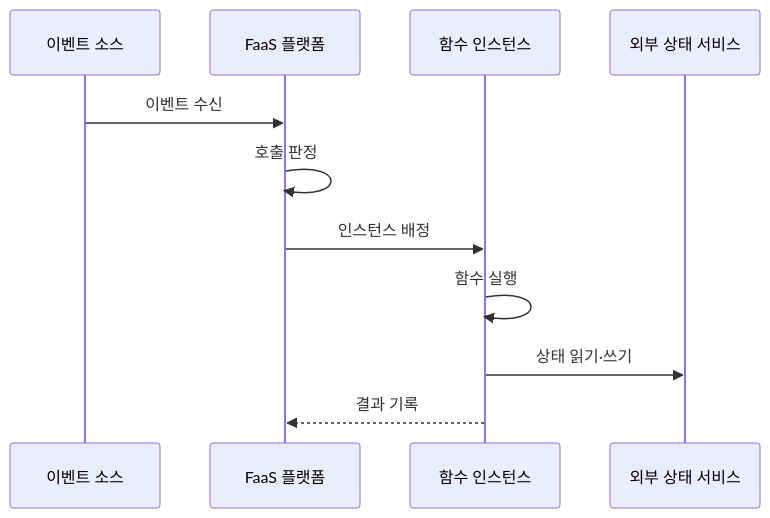
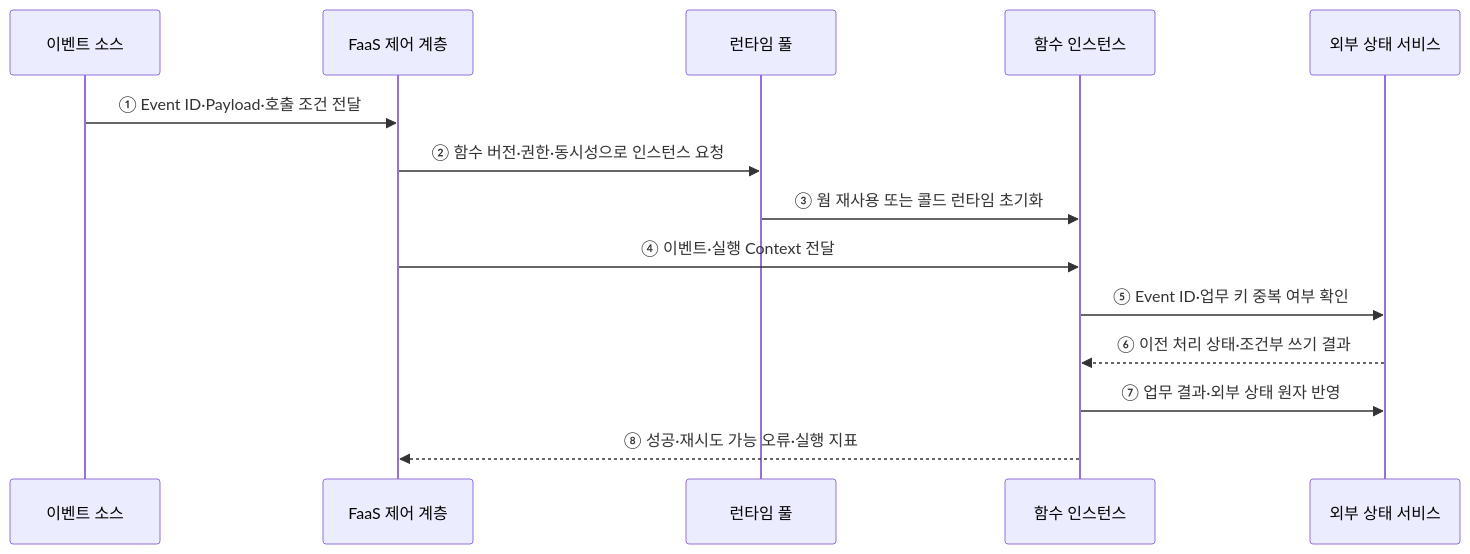
The second of 2 diagrams in src/content/docs/notes/03-software/159_serverless_faas.md (agnusdei1207/knowledge-base), drawn with Mermaid before and after one commit. The commit also changed other lines of this file and 20 other files, not shown here.

````diff
--- a/src/content/docs/notes/03-software/159_serverless_faas.md
+++ b/src/content/docs/notes/03-software/159_serverless_faas.md
@@ -77,13 +69,16 @@
 ```mermaid
 sequenceDiagram
     participant E as 이벤트 소스
-    participant P as FaaS 플랫폼
+    participant P as FaaS 제어 계층
+    participant R as 런타임 풀
     participant F as 함수 인스턴스
     participant S as 외부 상태 서비스
-    E->>P: 이벤트 수신
-    P->>P: 호출 판정
-    P->>F: 인스턴스 배정
-    F->>F: 함수 실행
-    F->>S: 상태 읽기·쓰기
-    F-->>P: 결과 기록
+    E->>P: ① Event ID·Payload·호출 조건 전달
+    P->>R: ② 함수 버전·권한·동시성으로 인스턴스 요청
+    R->>F: ③ 웜 재사용 또는 콜드 런타임 초기화
+    P->>F: ④ 이벤트·실행 Context 전달
+    F->>S: ⑤ Event ID·업무 키 중복 여부 확인
+    S-->>F: ⑥ 이전 처리 상태·조건부 쓰기 결과
+    F->>S: ⑦ 업무 결과·외부 상태 원자 반영
+    F-->>P: ⑧ 성공·재시도 가능 오류·실행 지표
 ```
````
